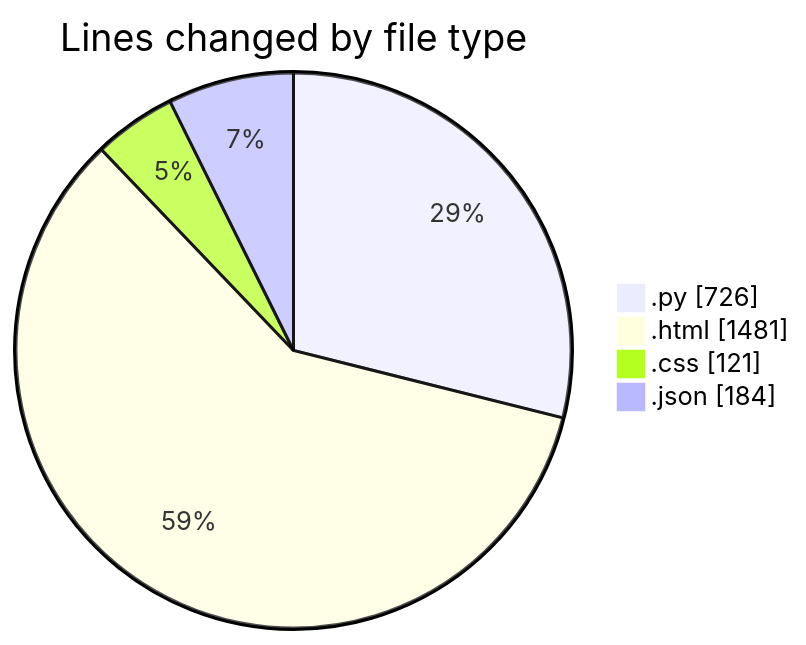
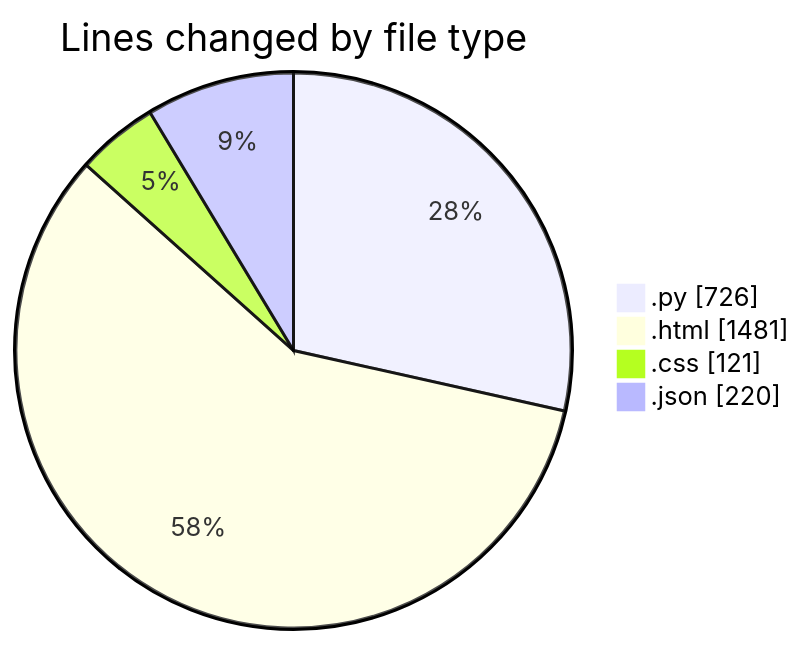
Before and after one commit to Elitesun/code-tracking: the first of 2 diagrams in 2025-01-31/flask/README.md, drawn with Mermaid. The commit also changed other lines of this file and 1 other file, not shown here.

````diff
--- a/2025-01-31/flask/README.md
+++ b/2025-01-31/flask/README.md
@@ -27,8 +27,8 @@
 ```mermaid
 pie showData
 title Lines changed by file type
 ".py" : 726
 ".html" : 1481
 ".css" : 121
-".json" : 184
+".json" : 220
 ```
````
